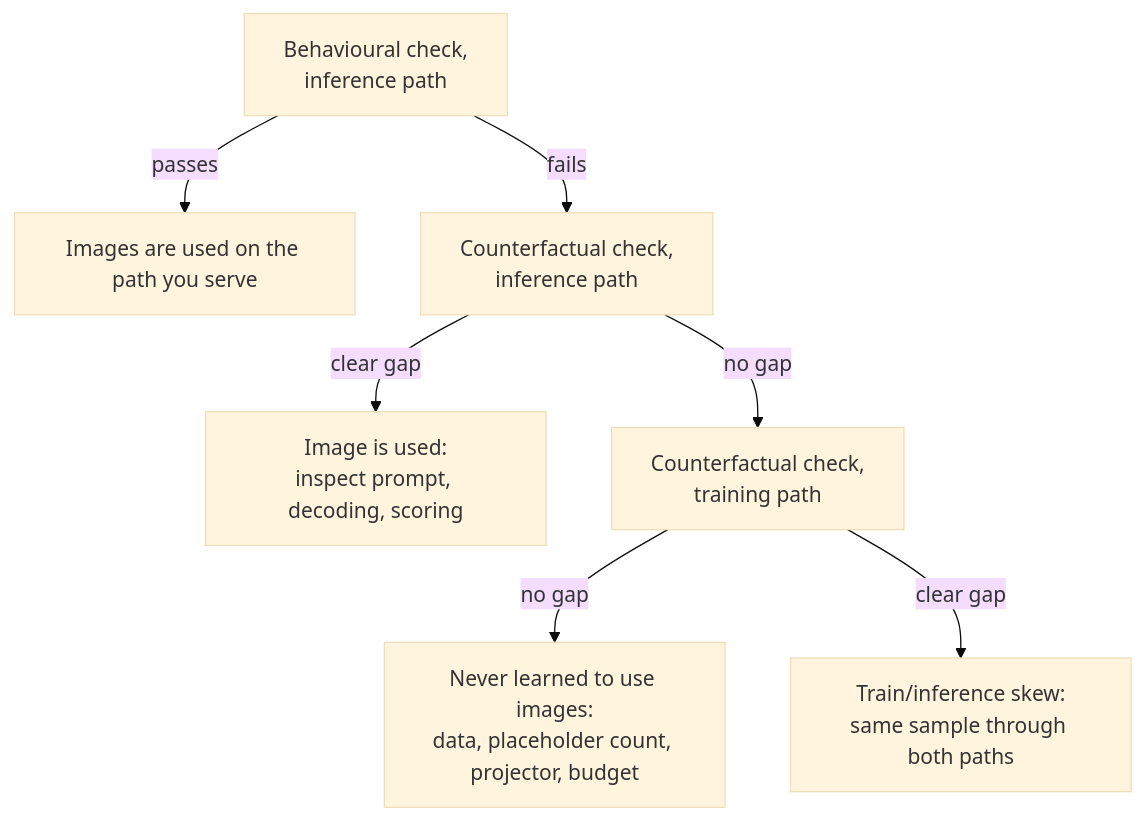
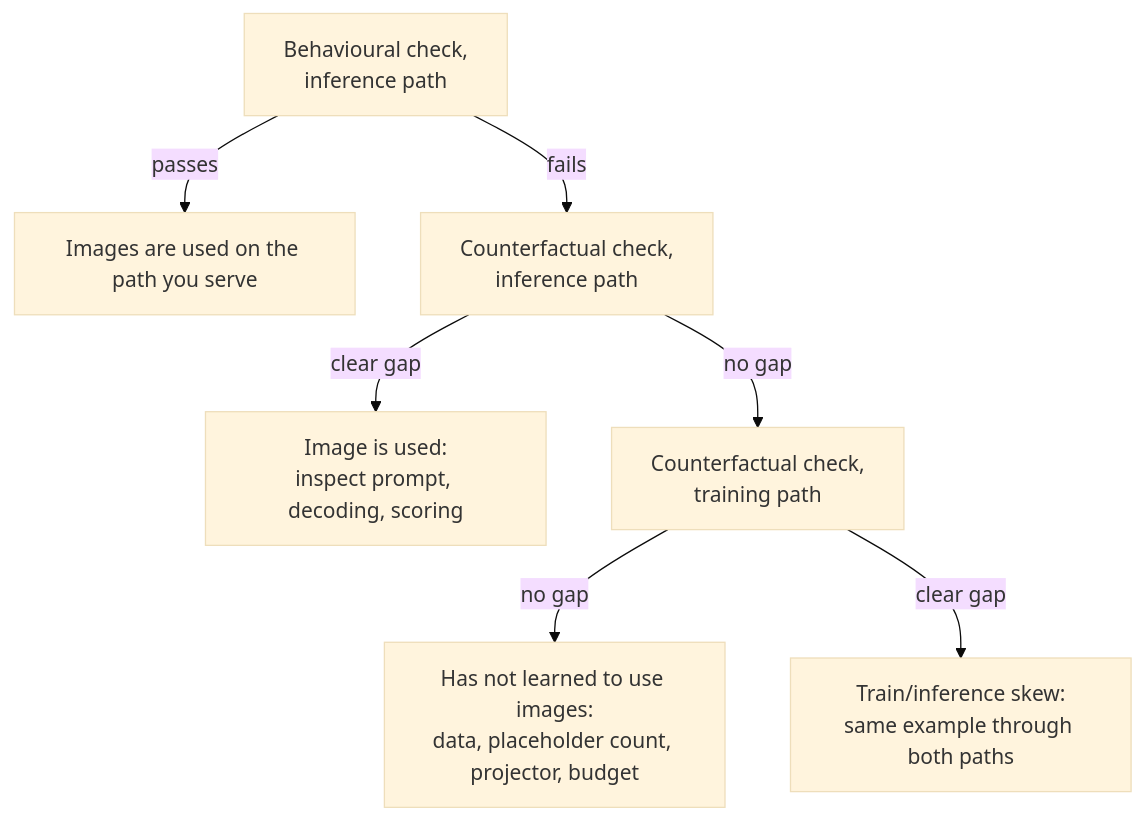
One commit to arianizadi/vla-from-scratch-site changed the diagram in content/chapters/32-testing-a-vlm.md. Above: the diagram before and after it, drawn with Mermaid (base theme). The commit also changed other lines of this file and 479 other files, not shown here.

````diff
--- a/content/chapters/32-testing-a-vlm.md
+++ b/content/chapters/32-testing-a-vlm.md
@@ -123,9 +123,9 @@
 ```mermaid
 flowchart TD
     A["Behavioural check,<br/>inference path"] -->|passes| P["Images are used on the path you serve"]
     A -->|fails| B["Counterfactual check,<br/>inference path"]
     B -->|clear gap| C["Image is used:<br/>inspect prompt, decoding, scoring"]
     B -->|no gap| D["Counterfactual check,<br/>training path"]
-    D -->|no gap| E["Never learned to use images:<br/>data, placeholder count, projector, budget"]
-    D -->|clear gap| F["Train/inference skew:<br/>same sample through both paths"]
+    D -->|no gap| E["Has not learned to use images:<br/>data, placeholder count, projector, budget"]
+    D -->|clear gap| F["Train/inference skew:<br/>same example through both paths"]
 ```
````
